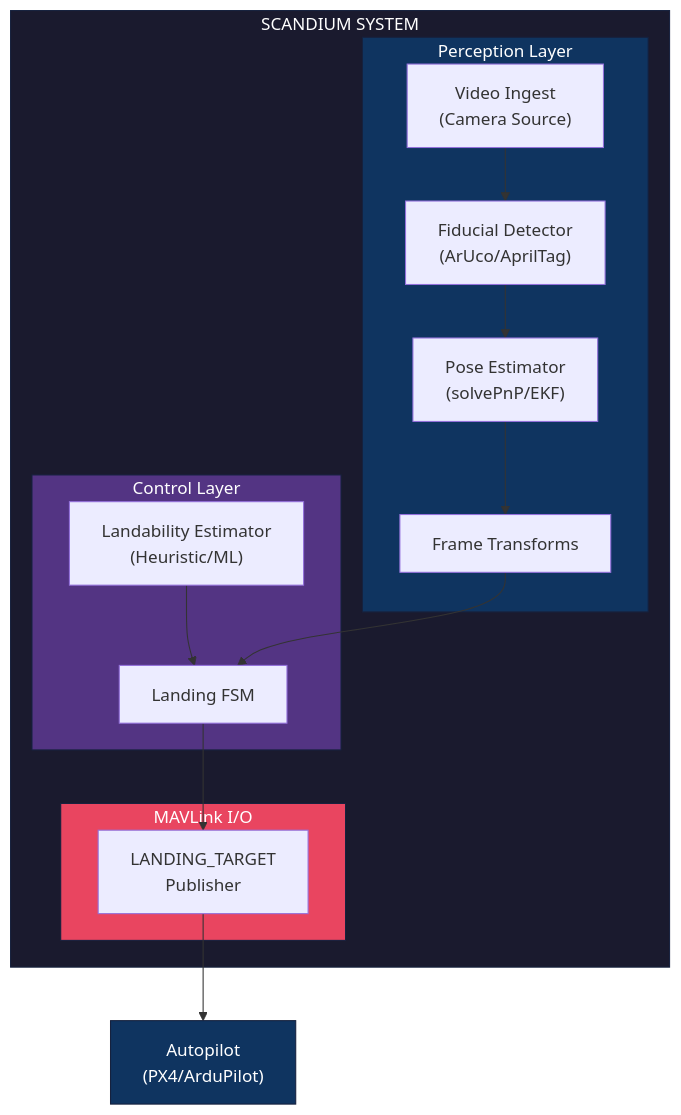
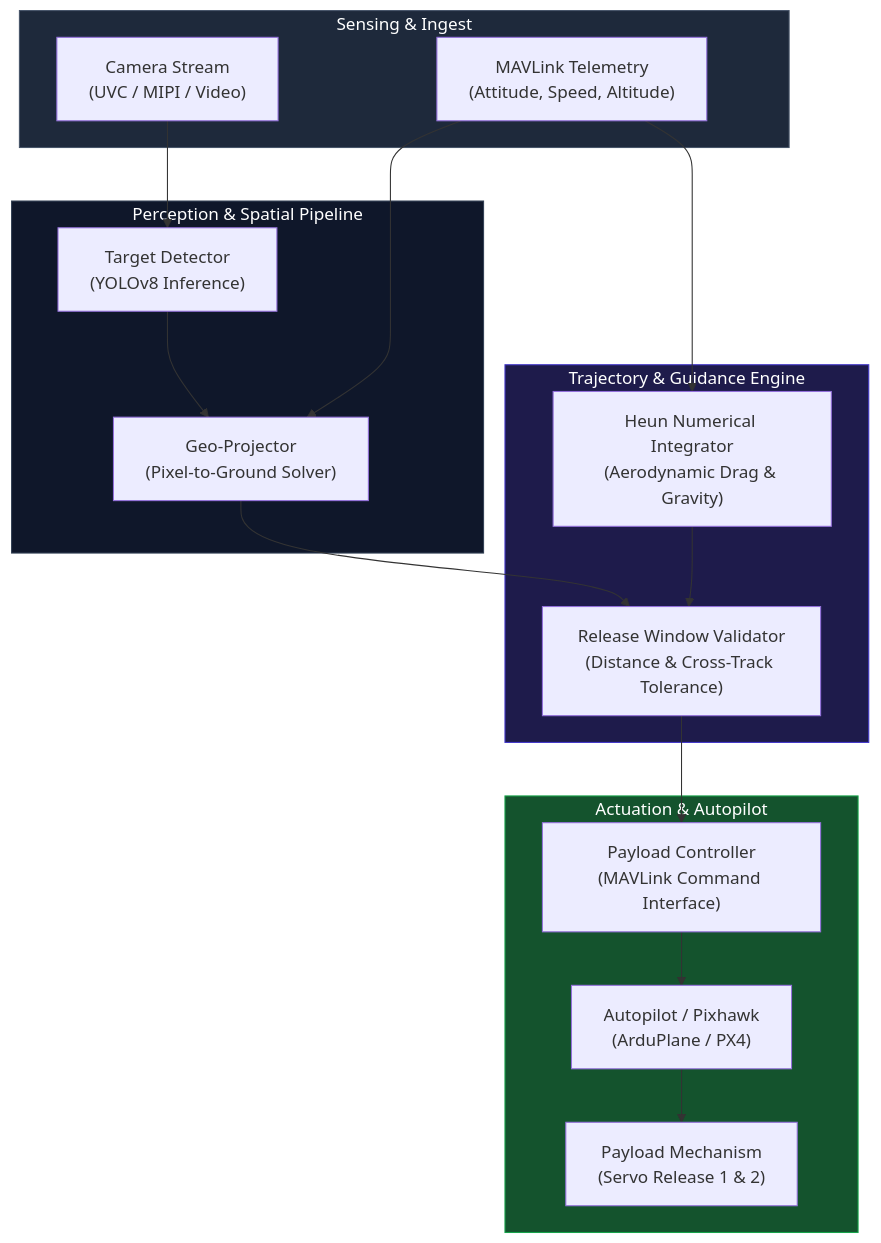
The diagram in README.md (emrealtindag/fixedwing-ballistic-drop), drawn with Mermaid before and after one commit. The commit also changed other lines of this file, not shown here.

````diff
--- a/README.md
+++ b/README.md
@@ -185,27 +57,38 @@
 ```mermaid
 flowchart TB
-    subgraph SCANDIUM["SCANDIUM SYSTEM"]
-        subgraph Perception["Perception Layer"]
-            VI["Video Ingest\n(Camera Source)"] --> FD["Fiducial Detector\n(ArUco/AprilTag)"]
-            FD --> PE["Pose Estimator\n(solvePnP/EKF)"]
-            PE --> FT["Frame Transforms"]
-        end
-        
-        subgraph Control["Control Layer"]
-            LE["Landability Estimator\n(Heuristic/ML)"] --> FSM["Landing FSM"]
-            FT --> FSM
-        end
-        
-        subgraph MAVLink["MAVLink I/O"]
-            FSM --> LT["LANDING_TARGET\nPublisher"]
-        end
+    subgraph SENSORS["Sensing & Ingest"]
+        CAM["Camera Stream\n(UVC / MIPI / Video)"]
+        TELEM["MAVLink Telemetry\n(Attitude, Speed, Altitude)"]
     end
-    
-    LT --> AP["Autopilot\n(PX4/ArduPilot)"]
-    
-    style SCANDIUM fill:#1a1a2e,stroke:#16213e,color:#fff
-    style Perception fill:#0f3460,stroke:#16213e,color:#fff
-    style Control fill:#533483,stroke:#16213e,color:#fff
-    style MAVLink fill:#e94560,stroke:#16213e,color:#fff
-    style AP fill:#0f3460,stroke:#16213e,color:#fff
+
+    subgraph PERCEPTION["Perception & Spatial Pipeline"]
+        DET["Target Detector\n(YOLOv8 Inference)"]
+        PROJ["Geo-Projector\n(Pixel-to-Ground Solver)"]
+        CAM --> DET
+        DET --> PROJ
+        TELEM --> PROJ
+    end
+
+    subgraph BALLISTICS["Trajectory & Guidance Engine"]
+        HEUN["Heun Numerical Integrator\n(Aerodynamic Drag & Gravity)"]
+        DROP_LOGIC["Release Window Validator\n(Distance & Cross-Track Tolerance)"]
+        TELEM --> HEUN
+        PROJ --> DROP_LOGIC
+        HEUN --> DROP_LOGIC
+    end
+
+    subgraph ACTUATION["Actuation & Autopilot"]
+        CTRL["Payload Controller\n(MAVLink Command Interface)"]
+        AP["Autopilot / Pixhawk\n(ArduPlane / PX4)"]
+        SERVO["Payload Mechanism\n(Servo Release 1 & 2)"]
+
+        DROP_LOGIC --> CTRL
+        CTRL --> AP
+        AP --> SERVO
+    end
+
+    style SENSORS fill:#1e293b,stroke:#475569,color:#fff
+    style PERCEPTION fill:#0f172a,stroke:#334155,color:#fff
+    style BALLISTICS fill:#1e1b4b,stroke:#4338ca,color:#fff
+    style ACTUATION fill:#14532d,stroke:#16a34a,color:#fff
 ```
````
